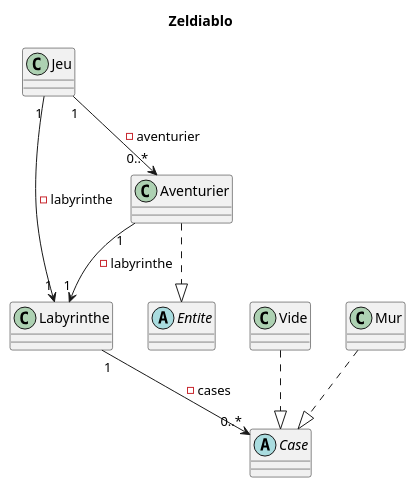
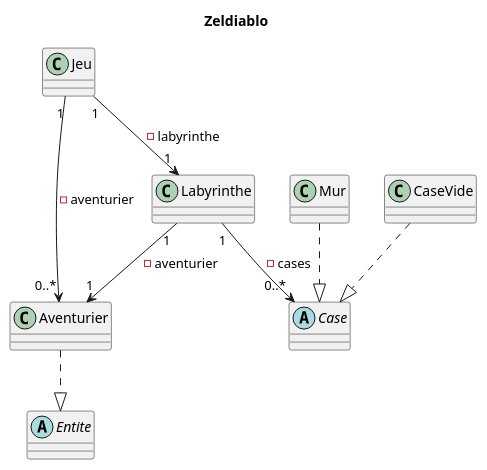
Before and after one commit to LoickNosal/2019_COO_Zeldiablo_Nosal9u_Demang146u_Sousa12u_Gsell5u: the diagram in documents/version_01/diagramme_class/diagramme.wsd, drawn with PlantUML. The commit also changed 1 other file, not shown here.

Commit message:
update diagramme class

```diff
--- a/documents/version_01/diagramme_class/diagramme.wsd
+++ b/documents/version_01/diagramme_class/diagramme.wsd
@@ -2,42 +2,42 @@
 @startuml 
 title Zeldiablo
 
 
 class Jeu {
 
 }
 
 class Labyrinthe {
 
 }
 
 abstract Case {
 
 }
 
-class Vide {
+class CaseVide {
 
 }
 
 class Mur {
 
 }
 
 abstract Entite {
 
 }
 
 class Aventurier {
 
 }
 
 Jeu "1" --> "1" Labyrinthe : -labyrinthe
 Labyrinthe "1" --> "0..*" Case : -cases
 Jeu "1" --> "0..*" Aventurier : -aventurier
-Aventurier "1" --> "1" Labyrinthe : -labyrinthe
+Labyrinthe "1" --> "1" Aventurier : -aventurier
 
-Vide ..|> Case
+CaseVide ..|> Case
 Mur ..|> Case
 Aventurier ..|> Entite
 
 @enduml
```
